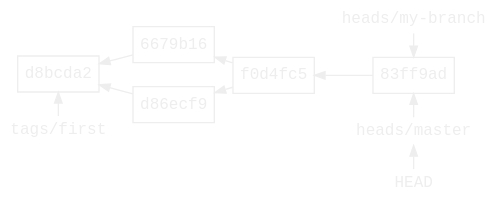
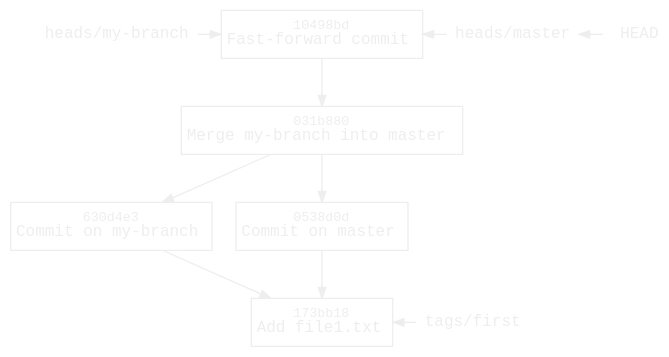
Before and after one commit to williamvds/website: the diagram in content/blog/git/fast-forward.dot, drawn with Graphviz. The commit also changed 16 other files, not shown here.

```diff
--- a/content/blog/git/fast-forward.dot
+++ b/content/blog/git/fast-forward.dot
@@ -1,40 +1,39 @@
 digraph branch {
     bgcolor = transparent
     color = white
-    rankdir = RL
-    ranksep = 0.2
-    node [fontname=monospace, fontsize=12, fontcolor="#eeeeee",
+
+    node [fontname=monospace, fontsize=12, fontcolor="#eeeeee"
           margin="0.06,0.1", height=0, color="#eeeeee"]
     edge [fontcolor="#eeeeee", color="#eeeeee", arrowsize=0.8]
 
     node [shape=box, labeldistance=0.2]
-    "d8bcda2"
-    "6679b16"
-    "d86ecf9"
-    "f0d4fc5"
-    "83ff9ad"
+    "173bb18" [label=<<font point-size="10">173bb18</font><br/>Add file1.txt>]
+    "630d4e3" [label=<<font point-size="10">630d4e3</font><br/>Commit on my-branch>]
+    "0538d0d" [label=<<font point-size="10">0538d0d</font><br/>Commit on master>]
+    "031b880" [label=<<font point-size="10">031b880</font><br/>Merge my-branch into master>]
+    "10498bd" [label=<<font point-size="10">10498bd</font><br/>Fast-forward commit>]
 
     node [shape=none, margin=0.05, height=0]
     HEAD
     my_branch [label="heads/my-branch"]
     master [label="heads/master"]
     first [label="tags/first"]
 
-    "6679b16" -> "d8bcda2"
-    "d86ecf9" -> "d8bcda2"
-    "f0d4fc5" -> "6679b16"
-    "f0d4fc5" -> "d86ecf9"
-    "83ff9ad" -> "f0d4fc5"
+    "630d4e3" -> "173bb18"
+    "0538d0d" -> "173bb18" [weight=2]
+    "031b880" -> "630d4e3"
+    "031b880" -> "0538d0d" [weight=2]
+    "10498bd" -> "031b880" [weight=2]
 
     {
         rank = same
-        first -> "d8bcda2" [constraint=false]
+        first -> "173bb18" [constraint=false]
     }
 
     {
         rank = same
-        my_branch -> "83ff9ad"
+        my_branch -> "10498bd"
         HEAD -> master [constraint=false]
-        master -> "83ff9ad" [constraint=false]
+        master -> "10498bd" [constraint=false]
     }
 }
```
